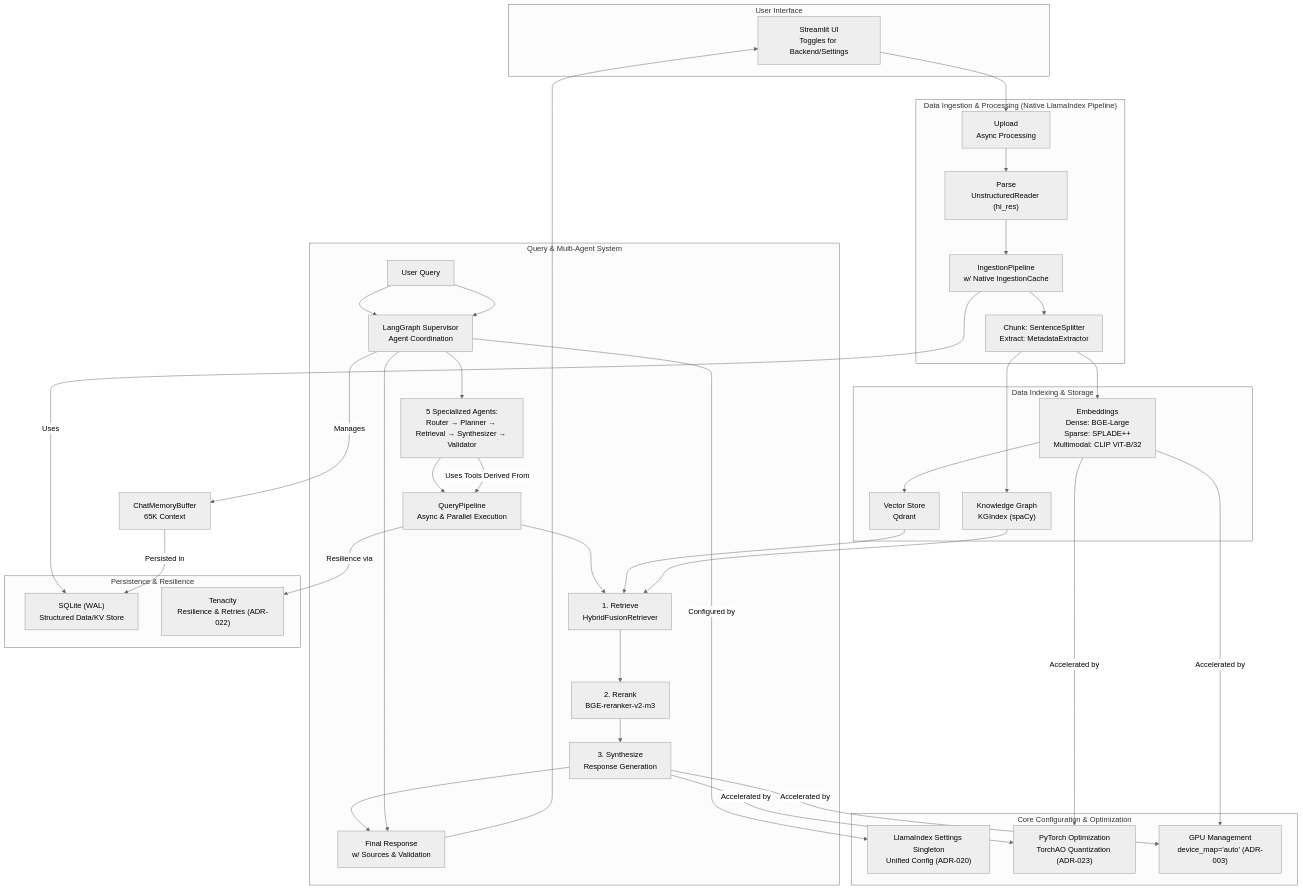
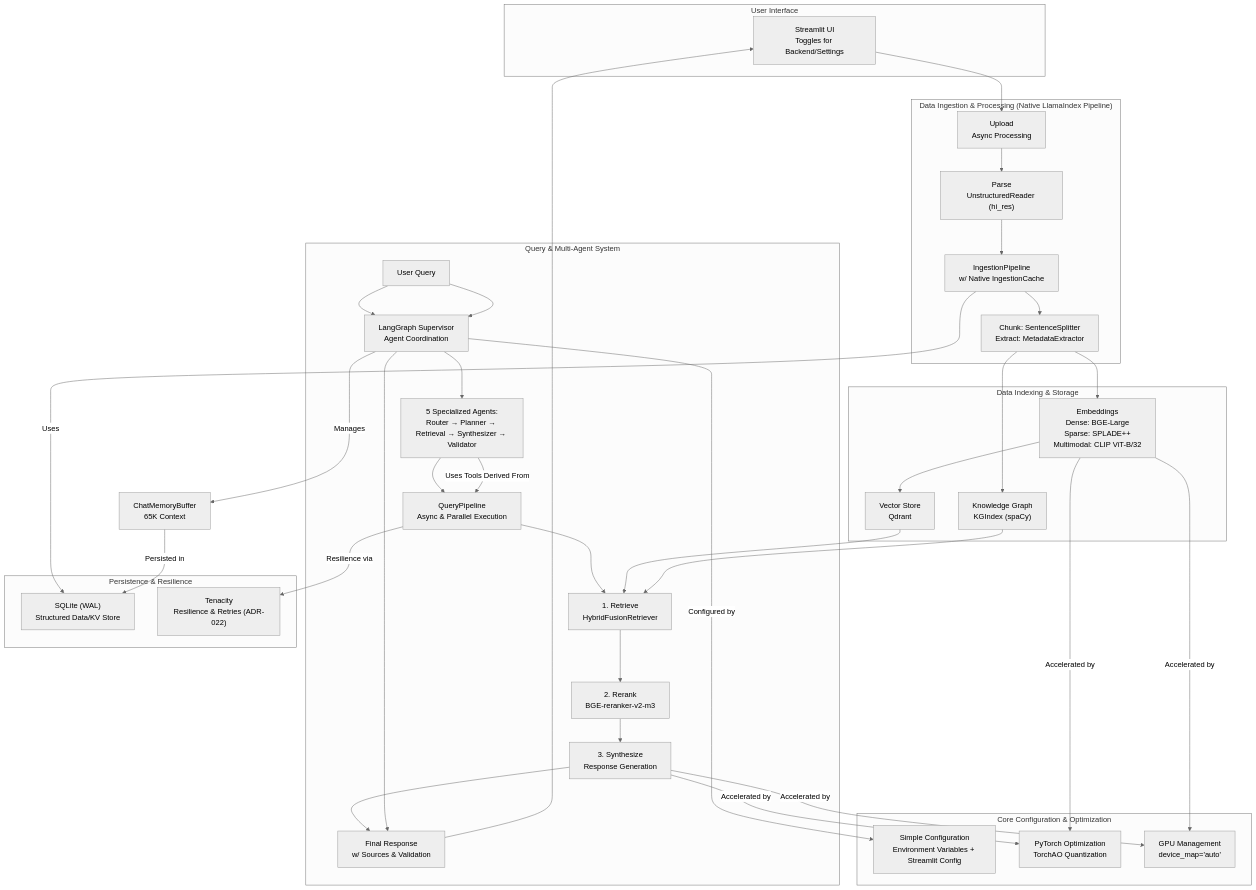
Before and after one commit to BjornMelin/docmind-ai-llm: the diagram in docs/PRD.md, drawn with Mermaid (neutral theme). The commit also changed other lines of this file and 1 other file, not shown here.

First line of the commit message:
docs: update README and PRD to reflect simplified configuration approach

````diff
--- a/docs/PRD.md
+++ b/docs/PRD.md
@@ -90,58 +90,58 @@
 ```mermaid
 graph TD
     subgraph "User Interface"
         A["Streamlit UI<br/>Toggles for Backend/Settings"]
     end
 
     subgraph "Data Ingestion & Processing (Native LlamaIndex Pipeline)"
         B["Upload<br/>Async Processing"] --> C["Parse<br/>UnstructuredReader (hi_res)"]
         C --> D["IngestionPipeline<br/>w/ Native IngestionCache"]
         D --> E["Chunk: SentenceSplitter<br/>Extract: MetadataExtractor"]
     end
 
     subgraph "Data Indexing & Storage"
         E --> F["Embeddings<br/>Dense: BGE-Large<br/>Sparse: SPLADE++<br/>Multimodal: CLIP ViT-B/32"]
         F --> G["Vector Store<br/>Qdrant"]
         E --> H["Knowledge Graph<br/>KGIndex (spaCy)"]
     end
 
     subgraph "Query & Multi-Agent System"
         I["User Query"] --> J["LangGraph Supervisor<br/>Agent Coordination"]
         J --> K["5 Specialized Agents:<br/>Router → Planner → Retrieval → Synthesizer → Validator"]
         K --> L["QueryPipeline<br/>Async & Parallel Execution"]
         L --> M["1. Retrieve<br/>HybridFusionRetriever"]
         M --> N["2. Rerank<br/>BGE-reranker-v2-m3"]
         N --> O["3. Synthesize<br/>Response Generation"]
         O --> P["Final Response<br/>w/ Sources & Validation"]
     end
     
     subgraph "Core Configuration & Optimization"
-        R["LlamaIndex Settings Singleton<br/>Unified Config (ADR-020)"]
-        S["PyTorch Optimization<br/>TorchAO Quantization (ADR-023)"]
-        T["GPU Management<br/>device_map='auto' (ADR-003)"]
+        R["Simple Configuration<br/>Environment Variables + Streamlit Config"]
+        S["PyTorch Optimization<br/>TorchAO Quantization"]
+        T["GPU Management<br/>device_map='auto'"]
     end
 
     subgraph "Persistence & Resilience"
         U["SQLite (WAL)<br/>Structured Data/KV Store"]
         V["Tenacity<br/>Resilience & Retries (ADR-022)"]
     end
 
     %% Connections
     A --> B
     I --> J
     J --> P --> A
     
     G --> M
     H --> M
 
     K -- Uses Tools Derived From --> L
     J -- Manages --> Q[ChatMemoryBuffer<br/>65K Context]
 
     %% Link to Core Systems
     J -- Configured by --> R
     F -- Accelerated by --> S & T
     O -- Accelerated by --> S & T
     D -- Uses --> U
     Q -- Persisted in --> U
     L -- Resilience via --> V
 ```
````
